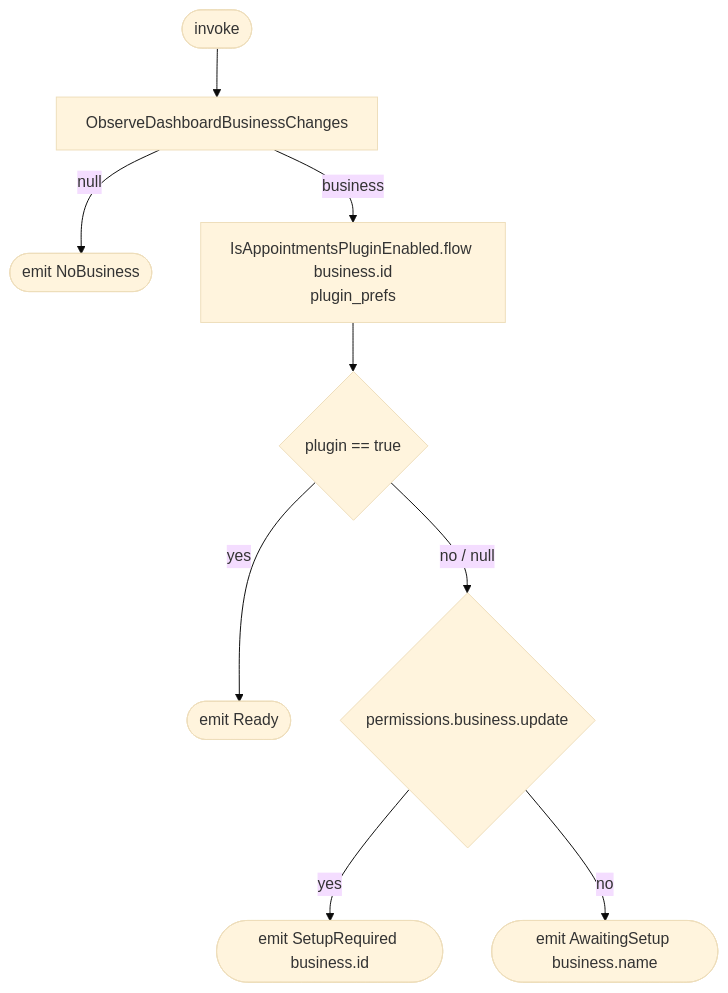
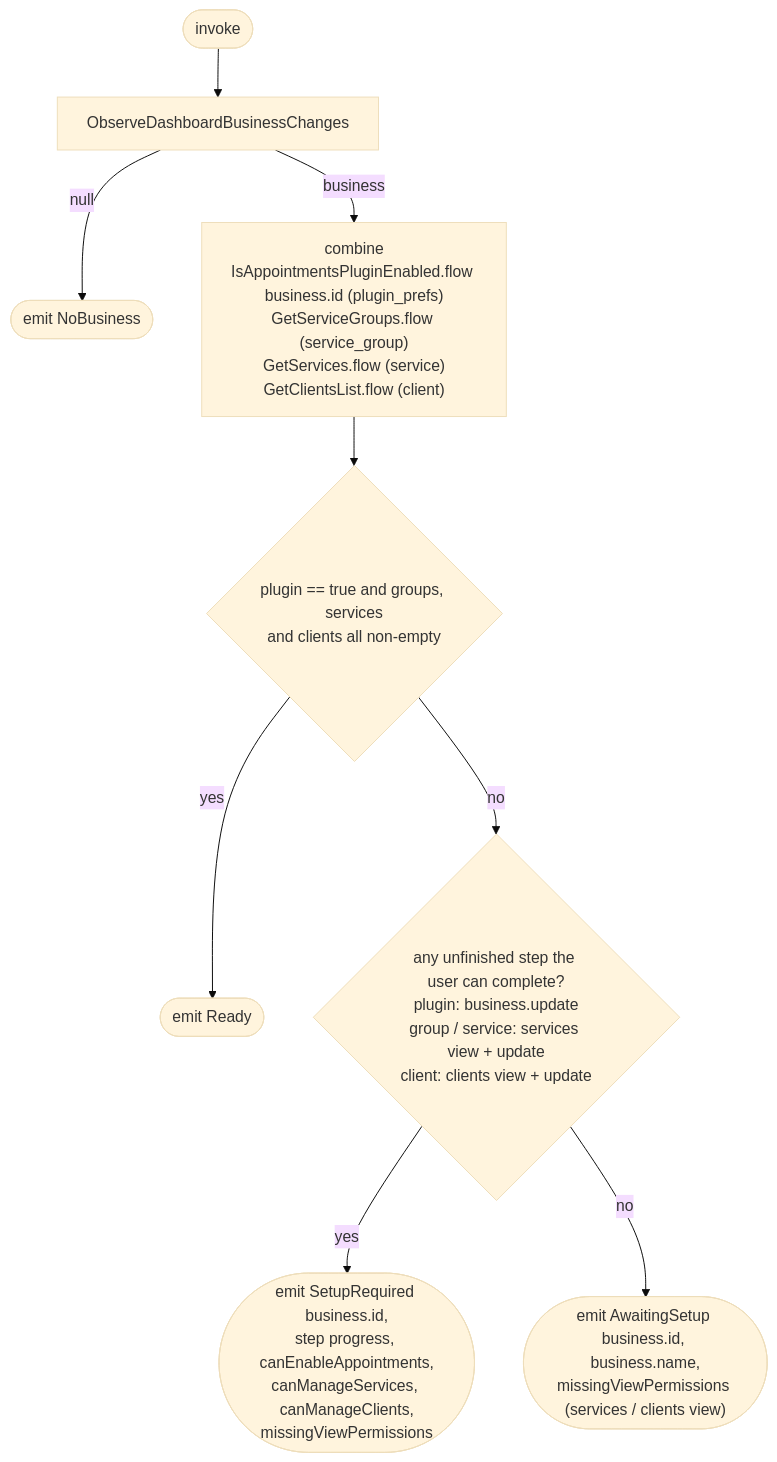
The diagram in docs/operations/business/observe-dashboard-setup-status.md (nocturneproperties/bookkme-client), drawn with Mermaid (base theme) before and after one commit. The commit also changed other lines of this file and 42 other files, not shown here.

````diff
--- a/docs/operations/business/observe-dashboard-setup-status.md
+++ b/docs/operations/business/observe-dashboard-setup-status.md
@@ -14,11 +44,11 @@
 ```mermaid
 flowchart TD
     Start([invoke]) --> Biz[ObserveDashboardBusinessChanges]
     Biz -- null --> NB([emit NoBusiness])
-    Biz -- business --> Plug[IsAppointmentsPluginEnabled.flow business.id<br/>plugin_prefs]
-    Plug --> En{plugin == true}
-    En -- yes --> R([emit Ready])
-    En -- no / null --> Perm{permissions.business.update}
-    Perm -- yes --> SR([emit SetupRequired business.id])
-    Perm -- no --> AS([emit AwaitingSetup business.name])
+    Biz -- business --> Comb["combine<br/>IsAppointmentsPluginEnabled.flow business.id (plugin_prefs)<br/>GetServiceGroups.flow (service_group)<br/>GetServices.flow (service)<br/>GetClientsList.flow (client)"]
+    Comb --> Done{"plugin == true and groups, services<br/>and clients all non-empty"}
+    Done -- yes --> R([emit Ready])
+    Done -- no --> Can{"any unfinished step the user can complete?<br/>plugin: business.update<br/>group / service: services view + update<br/>client: clients view + update"}
+    Can -- yes --> SR(["emit SetupRequired business.id,<br/>step progress, canEnableAppointments,<br/>canManageServices, canManageClients,<br/>missingViewPermissions"])
+    Can -- no --> AS(["emit AwaitingSetup business.id, business.name,<br/>missingViewPermissions (services / clients view)"])
 ```
````
